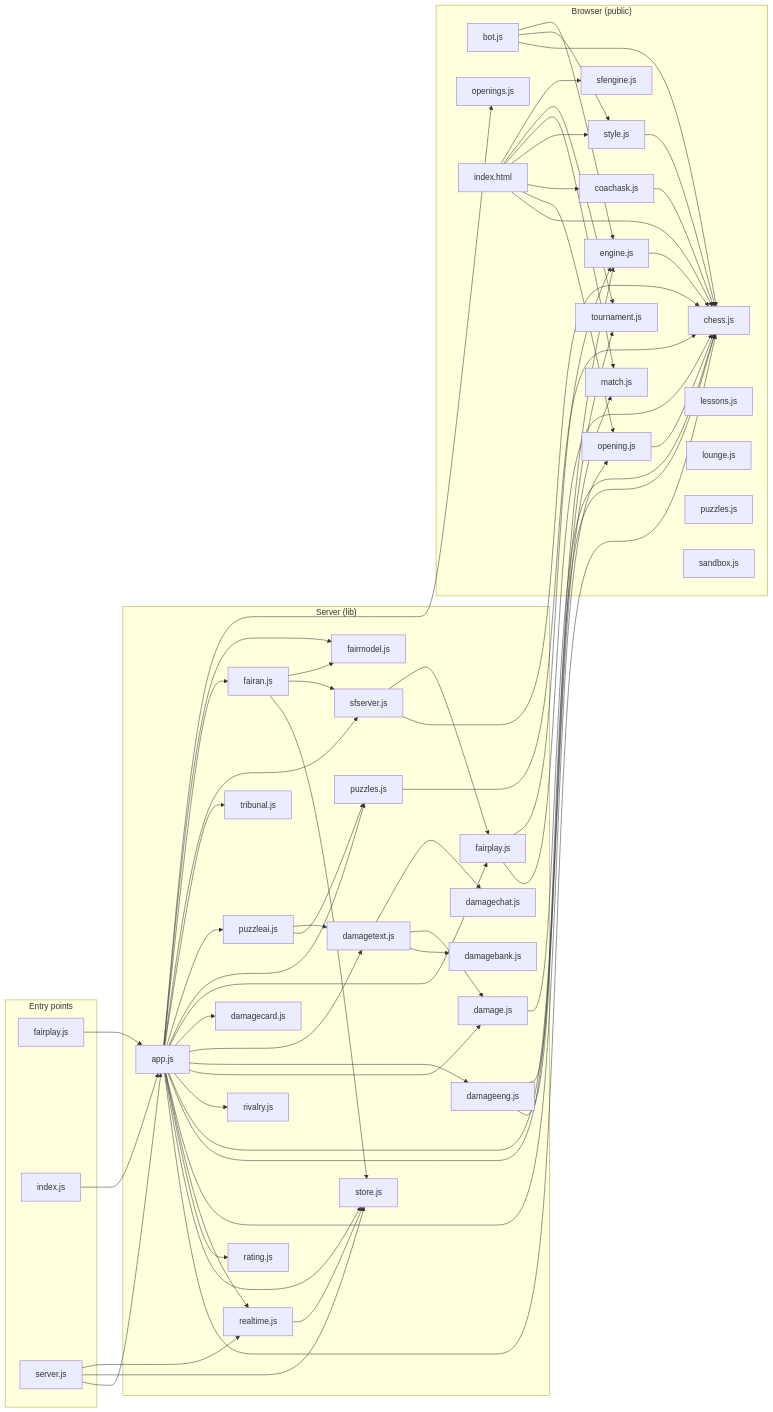
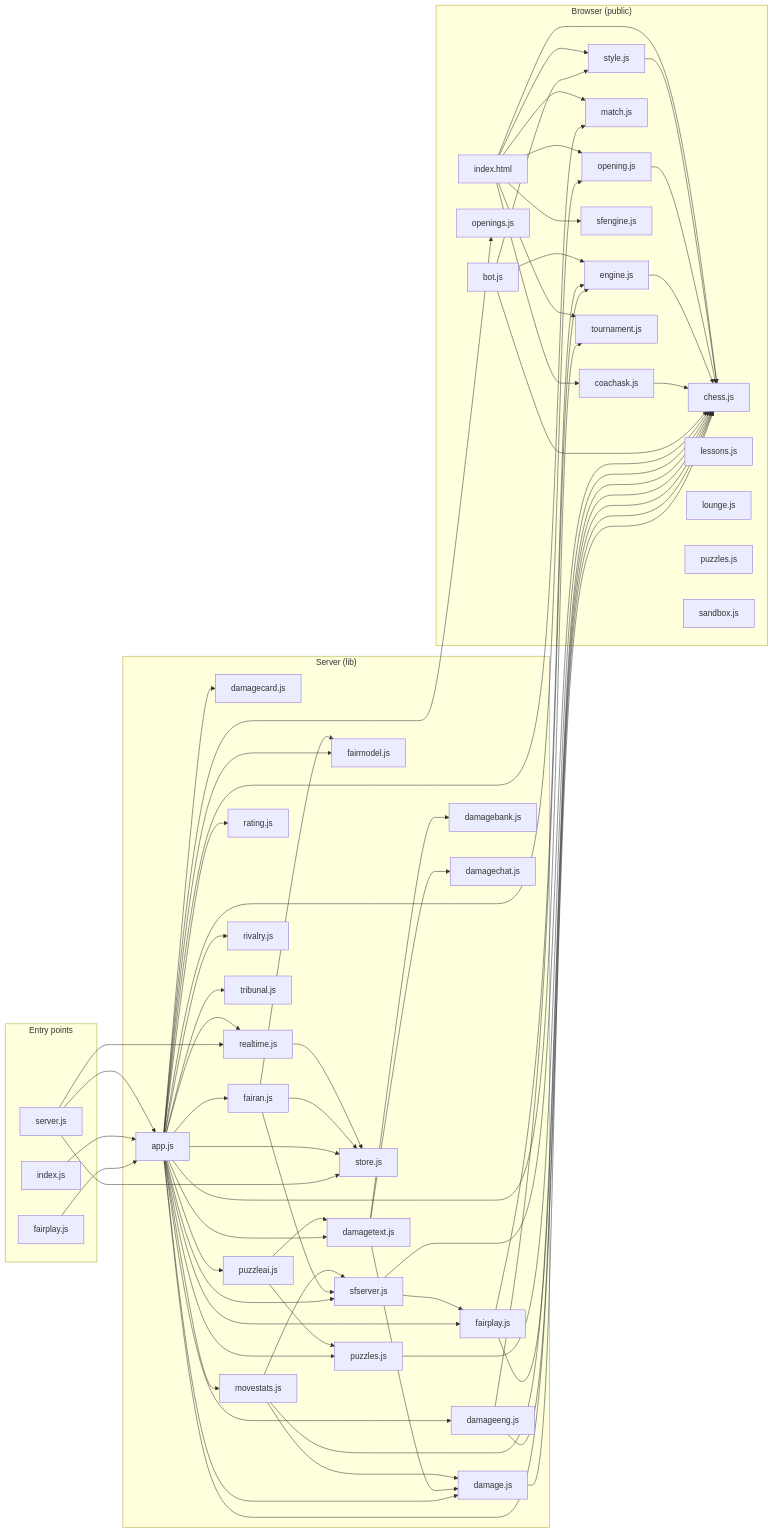
One commit to Vihaancoding/chess-with-friends changed the diagram in docs/code-map.md. Above: the diagram before and after it, drawn with Mermaid. The commit also changed other lines of this file and 10 other files, not shown here.

```diff
--- a/docs/code-map.md
+++ b/docs/code-map.md
@@ -20,6 +20,7 @@
     lib_fairan_js["fairan.js"]
     lib_fairmodel_js["fairmodel.js"]
     lib_fairplay_js["fairplay.js"]
+    lib_movestats_js["movestats.js"]
     lib_puzzleai_js["puzzleai.js"]
     lib_puzzles_js["puzzles.js"]
     lib_rating_js["rating.js"]
@@ -66,6 +67,7 @@
   lib_app_js --> lib_fairplay_js
   lib_app_js --> lib_puzzles_js
   lib_app_js --> lib_puzzleai_js
+  lib_app_js --> lib_movestats_js
   lib_app_js --> lib_tribunal_js
   lib_app_js --> lib_sfserver_js
   lib_app_js --> lib_fairan_js
@@ -82,6 +84,9 @@
   lib_fairan_js --> lib_fairmodel_js
   lib_fairplay_js --> public_chess_js
   lib_fairplay_js --> public_engine_js
+  lib_movestats_js --> public_chess_js
+  lib_movestats_js --> lib_sfserver_js
+  lib_movestats_js --> lib_damage_js
   lib_puzzleai_js --> lib_puzzles_js
   lib_puzzleai_js --> lib_damagetext_js
   lib_puzzles_js --> public_chess_js
```
